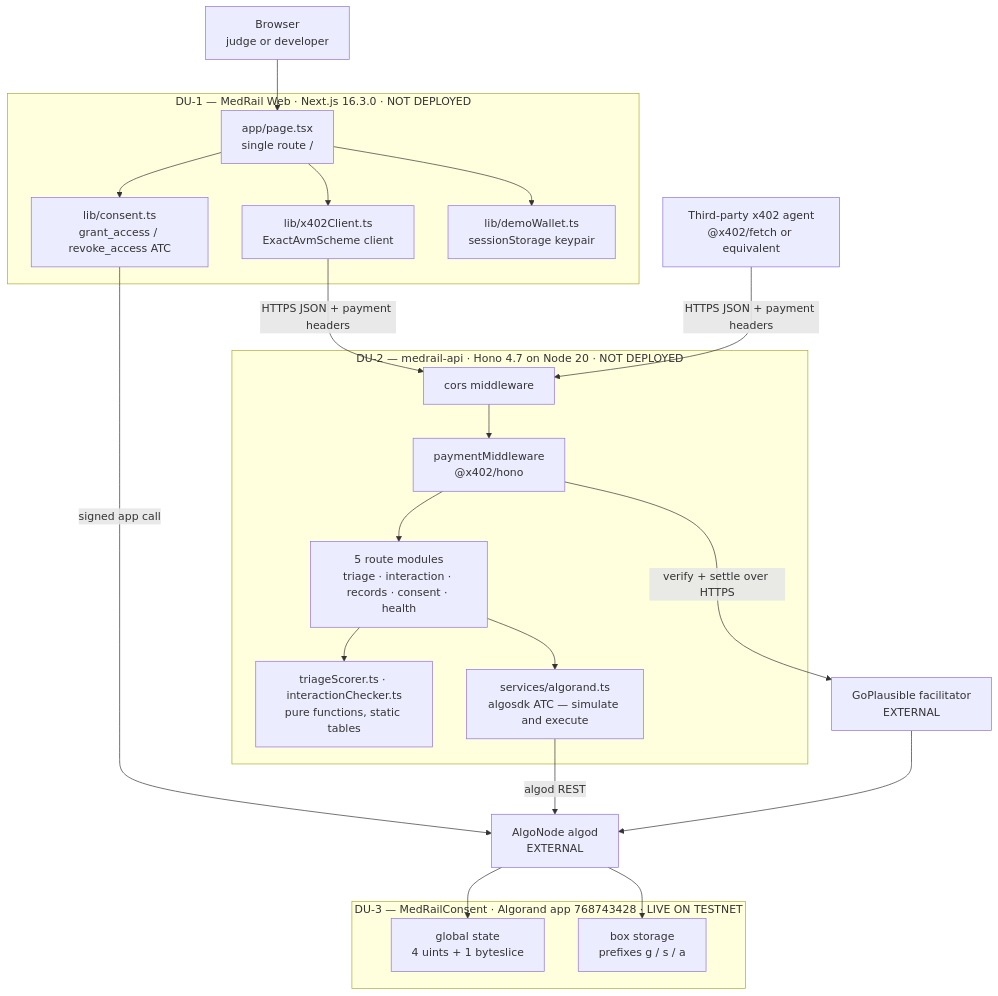
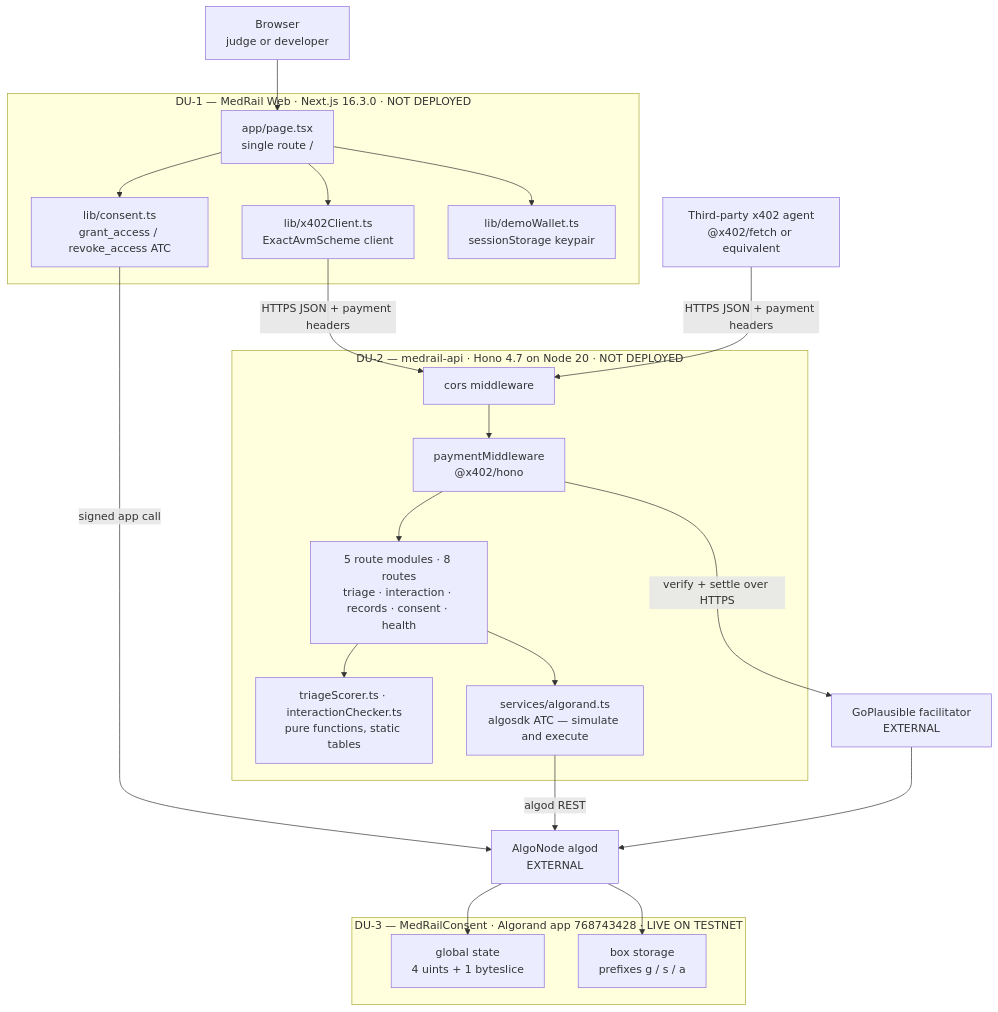
The second of 3 diagrams in docs/03_Architecture/System_Architecture.md (Hydra-Of-Malice/Medrail), drawn with Mermaid before and after one commit. The commit also changed other lines of this file and 77 other files, not shown here.

````diff
--- a/docs/03_Architecture/System_Architecture.md
+++ b/docs/03_Architecture/System_Architecture.md
@@ -126,46 +118,46 @@
 ```mermaid
 flowchart TB
     Browser["Browser<br/>judge or developer"]
     Agent["Third-party x402 agent<br/>@x402/fetch or equivalent"]
 
     subgraph DU1["DU-1 — MedRail Web · Next.js 16.3.0 · NOT DEPLOYED"]
         Page["app/page.tsx<br/>single route /"]
         LibX402["lib/x402Client.ts<br/>ExactAvmScheme client"]
         LibConsent["lib/consent.ts<br/>grant_access / revoke_access ATC"]
         LibWallet["lib/demoWallet.ts<br/>sessionStorage keypair"]
     end
 
     subgraph DU2["DU-2 — medrail-api · Hono 4.7 on Node 20 · NOT DEPLOYED"]
         CORS["cors middleware"]
         Pay["paymentMiddleware<br/>@x402/hono"]
-        Routes["5 route modules<br/>triage · interaction · records · consent · health"]
+        Routes["5 route modules · 8 routes<br/>triage · interaction · records · consent · health"]
         Scorers["triageScorer.ts · interactionChecker.ts<br/>pure functions, static tables"]
         Algo["services/algorand.ts<br/>algosdk ATC — simulate and execute"]
     end
 
     subgraph DU3["DU-3 — MedRailConsent · Algorand app 768743428 · LIVE ON TESTNET"]
         Global["global state<br/>4 uints + 1 byteslice"]
         Boxes["box storage<br/>prefixes g / s / a"]
     end
 
     Facilitator["GoPlausible facilitator<br/>EXTERNAL"]
     Algod["AlgoNode algod<br/>EXTERNAL"]
 
     Browser --> Page
     Page --> LibX402
     Page --> LibConsent
     Page --> LibWallet
     LibX402 -->|"HTTPS JSON + payment headers"| CORS
     LibConsent -->|"signed app call"| Algod
     Agent -->|"HTTPS JSON + payment headers"| CORS
 
     CORS --> Pay
     Pay -->|"verify + settle over HTTPS"| Facilitator
     Pay --> Routes
     Routes --> Scorers
     Routes --> Algo
     Algo -->|"algod REST"| Algod
     Facilitator --> Algod
     Algod --> Global
     Algod --> Boxes
 ```
````
